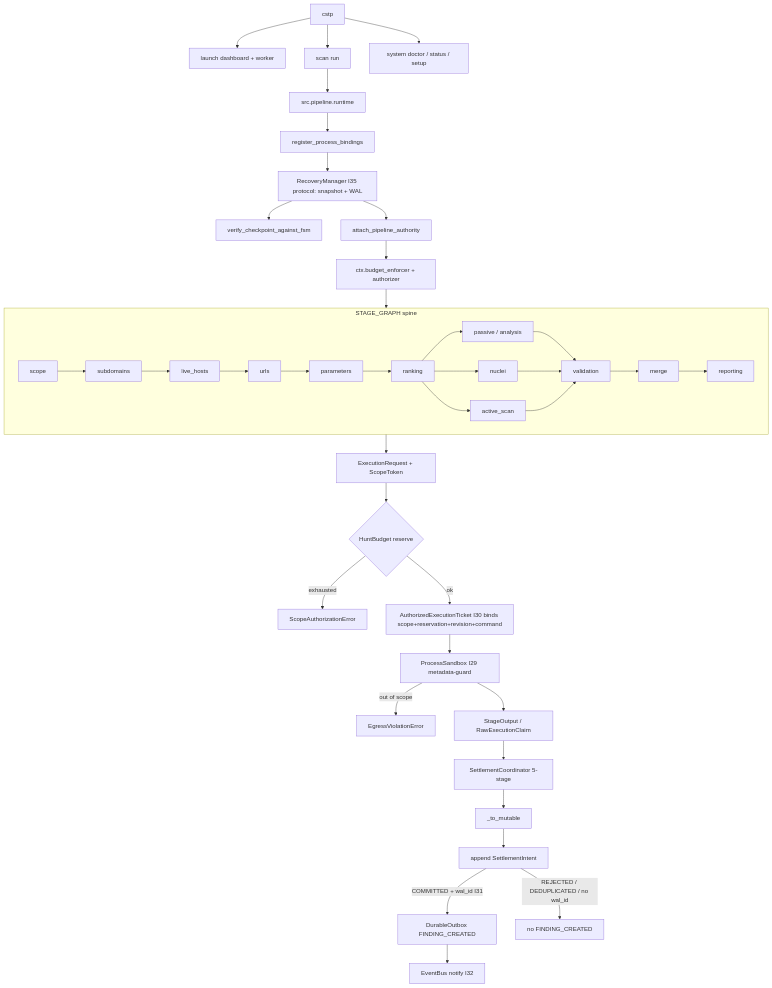
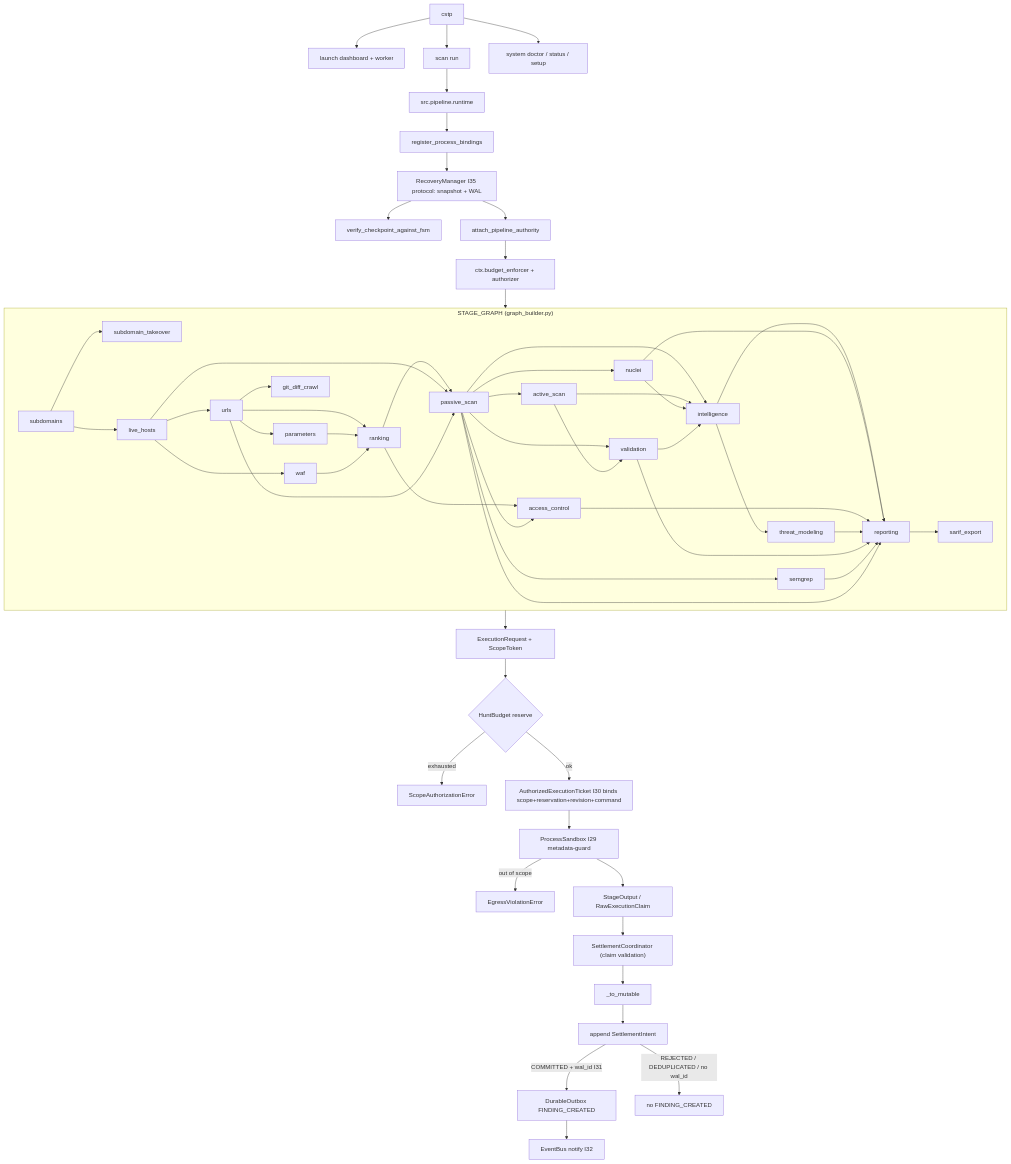
Before and after one commit to AviralGup7/Singularity-Zero: the fourth of 15 diagrams in docs/flowchart.md, drawn with Mermaid. The commit also changed other lines of this file, not shown here.

Commit message:
docs(flowchart): align atlas with live STAGE_GRAPH, SM transitions, I35 recovery branches, and CI structure

````diff
--- a/docs/flowchart.md
+++ b/docs/flowchart.md
@@ -158,41 +161,45 @@
 ```mermaid
 flowchart TD
     CSTP["cstp"] --> Launch["launch dashboard + worker"]
     CSTP --> Scan["scan run"]
     CSTP --> Sys["system doctor / status / setup"]
     Scan --> Runtime["src.pipeline.runtime"]
     Runtime --> Bind["register_process_bindings"]
     Bind --> Recover["RecoveryManager I35 protocol: snapshot + WAL"]
     Recover --> Verify["verify_checkpoint_against_fsm"]
     Recover --> Auth["attach_pipeline_authority"]
     Auth --> Stamp["ctx.budget_enforcer + authorizer"]
     Stamp --> DAG
-    subgraph DAG["STAGE_GRAPH spine"]
-        Scope["scope"] --> Sub["subdomains"]
+    subgraph DAG["STAGE_GRAPH (graph_builder.py)"]
+        Sub["subdomains"] --> Takeover["subdomain_takeover"]
         Sub --> LiveH["live_hosts"]
+        LiveH --> WAF["waf"]
         LiveH --> Urls["urls"]
+        Urls --> GitDiff["git_diff_crawl"]
         Urls --> Params["parameters"]
-        Params --> Rank["ranking"]
-        Rank --> Passive["passive / analysis"]
-        Rank --> Nuclei["nuclei"]
-        Rank --> Active["active_scan"]
-        Passive --> Val["validation"]
-        Nuclei --> Val
-        Active --> Val
-        Val --> Merge["merge"]
-        Merge --> Report["reporting"]
+        Urls & Params & WAF --> Rank["ranking"]
+        Rank & LiveH & Urls --> Passive["passive_scan"]
+        Passive --> Active["active_scan"]
+        Passive --> Semgrep["semgrep"]
+        Passive --> Nuclei["nuclei"]
+        Rank & Passive --> Access["access_control"]
+        Passive & Active --> Val["validation"]
+        Passive & Active & Nuclei & Val --> Intel["intelligence"]
+        Intel --> Threat["threat_modeling"]
+        Intel & Nuclei & Access & Threat & Val & Semgrep & Passive --> Report["reporting"]
+        Report --> Sarif["sarif_export"]
     end
     DAG --> Req["ExecutionRequest + ScopeToken"]
     Req --> Budget{"HuntBudget reserve"}
     Budget -->|exhausted| Rej["ScopeAuthorizationError"]
     Budget -->|ok| Ticket["AuthorizedExecutionTicket I30 binds scope+reservation+revision+command"]
     Ticket --> SB["ProcessSandbox I29 metadata-guard"]
     SB -->|out of scope| Viol["EgressViolationError"]
     SB --> Out["StageOutput / RawExecutionClaim"]
-    Out --> Coord["SettlementCoordinator 5-stage"]
+    Out --> Coord["SettlementCoordinator (claim validation)"]
     Coord --> Thaw["_to_mutable"]
     Thaw --> WAL["append SettlementIntent"]
     WAL -->|COMMITTED + wal_id I31| Outbox["DurableOutbox FINDING_CREATED"]
     Outbox --> Emit["EventBus notify I32"]
     WAL -->|REJECTED / DEDUPLICATED / no wal_id| Silent["no FINDING_CREATED"]
 ```
````
